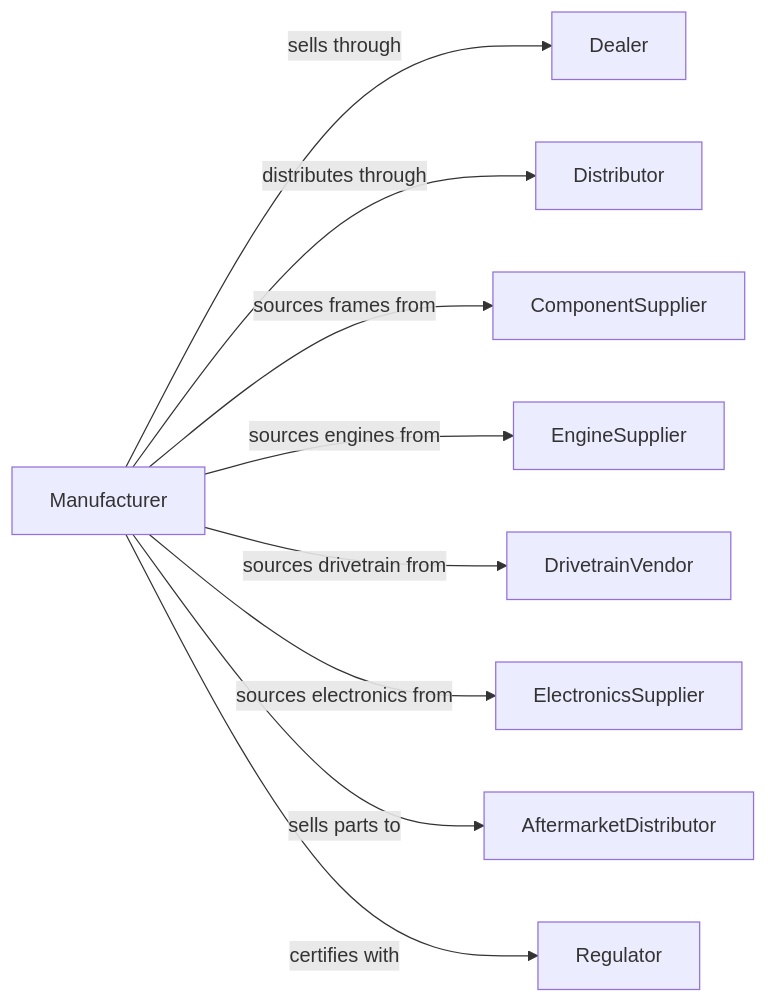
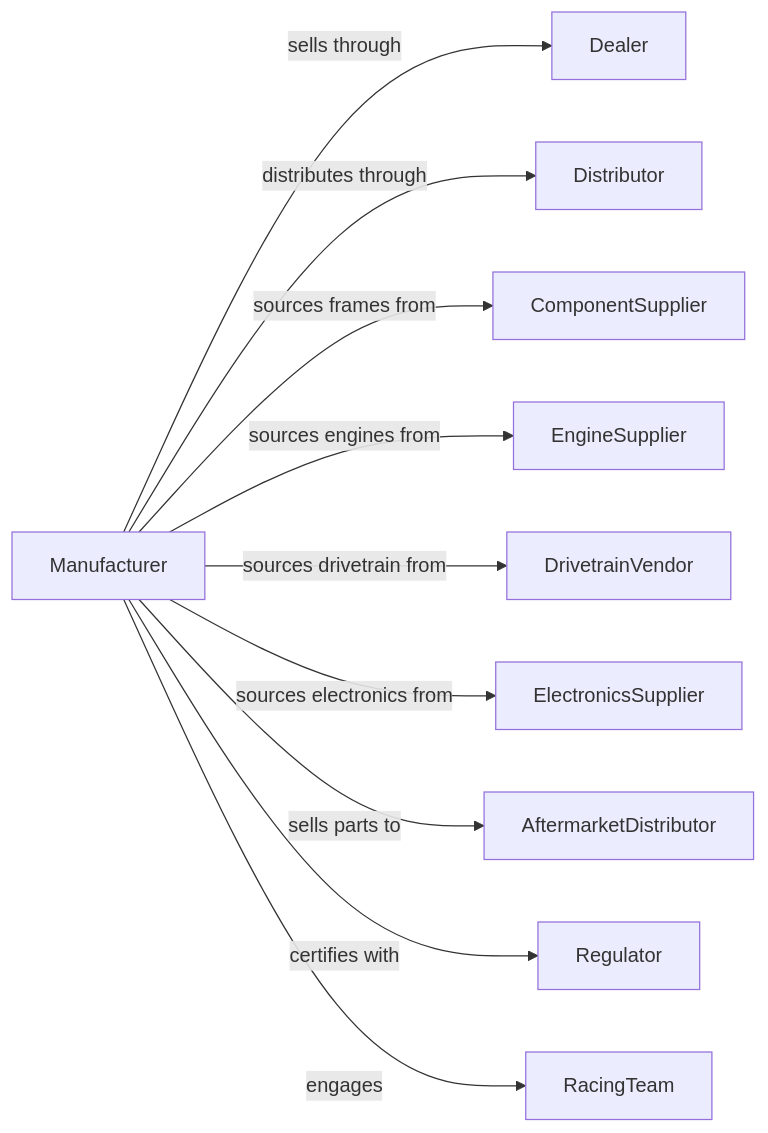
One commit to dot-org-ai/industries.org.ai changed the second of 2 diagrams in Manufacturing/TransportationEquipmentManufacturing/OtherTransportationEquipmentManufacturing/MotorcycleBicycleAndPartsManufacturing.mdx. Above: the diagram before and after it, drawn with Mermaid. The commit also changed other lines of this file and 588 other files, not shown here.

````diff
--- a/Manufacturing/TransportationEquipmentManufacturing/OtherTransportationEquipmentManufacturing/MotorcycleBicycleAndPartsManufacturing.mdx
+++ b/Manufacturing/TransportationEquipmentManufacturing/OtherTransportationEquipmentManufacturing/MotorcycleBicycleAndPartsManufacturing.mdx
@@ -129,13 +129,14 @@
 ```mermaid
 graph LR
     M[Manufacturer]
 
     M -->|sells through| Dealer
     M -->|distributes through| Distributor
     M -->|sources frames from| ComponentSupplier
     M -->|sources engines from| EngineSupplier
     M -->|sources drivetrain from| DrivetrainVendor
     M -->|sources electronics from| ElectronicsSupplier
     M -->|sells parts to| AftermarketDistributor
     M -->|certifies with| Regulator
+    M -->|engages| RacingTeam
 ```
````
